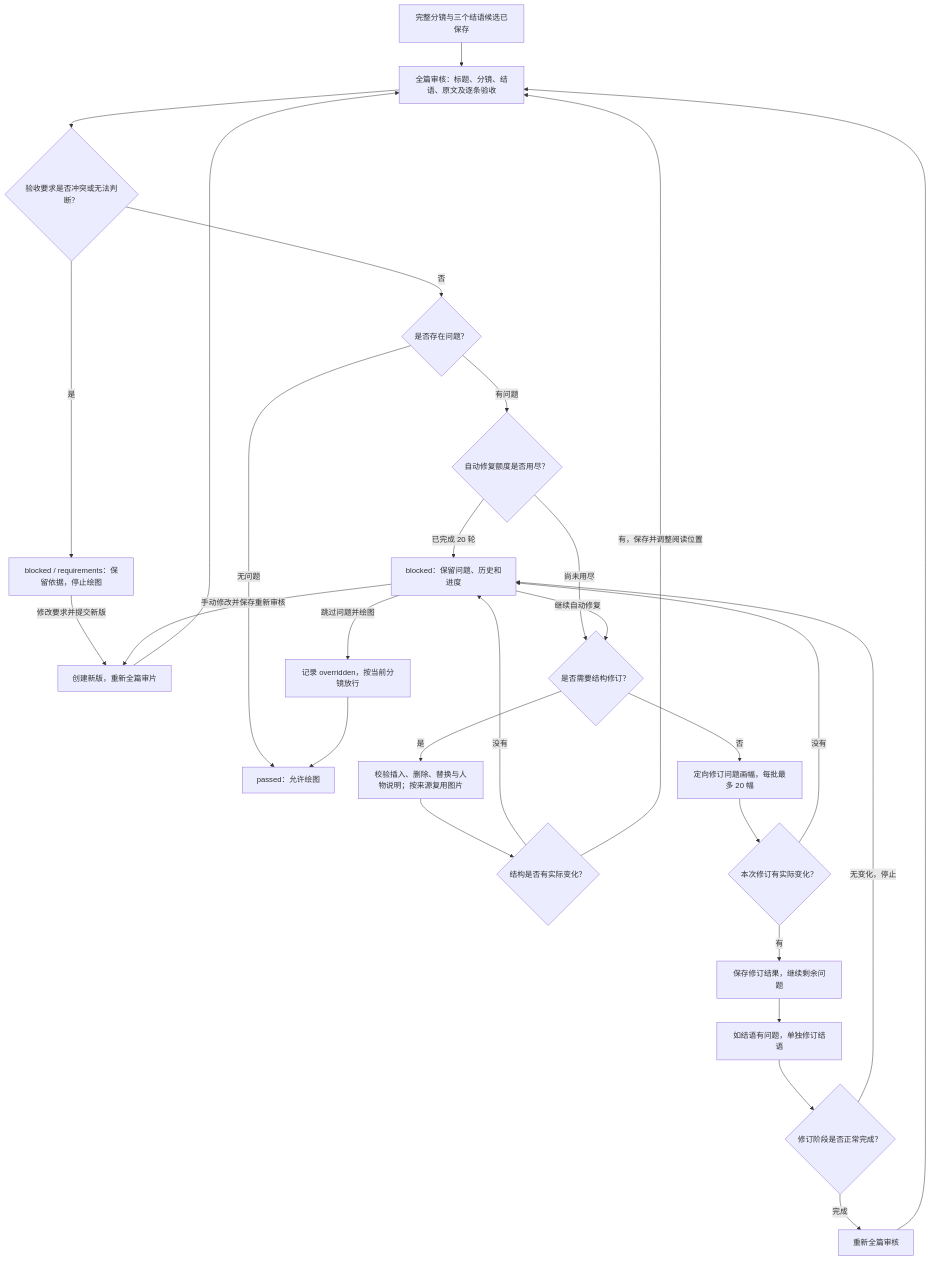
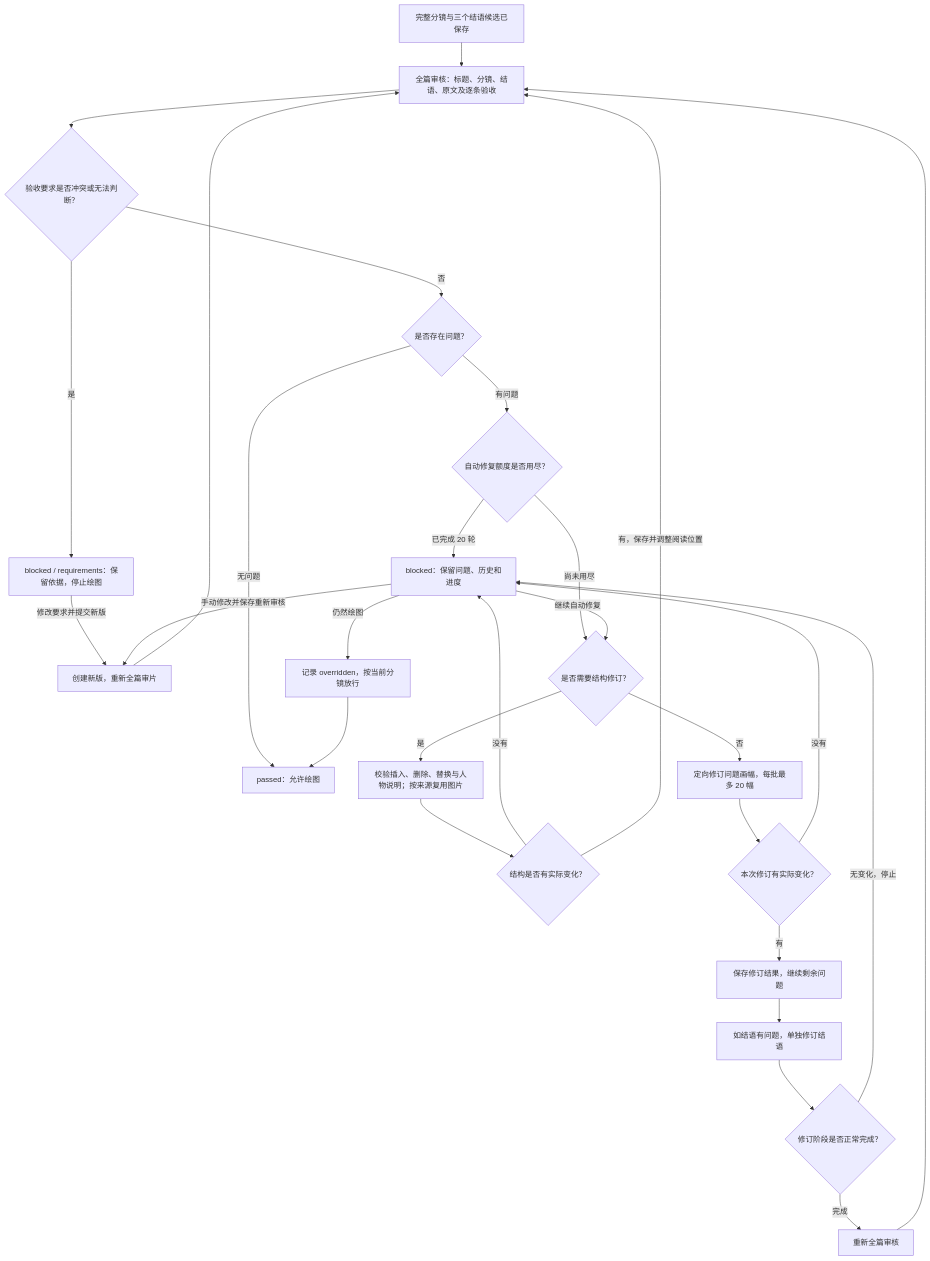
Before and after one commit to yysun/shiqu: the second of 5 diagrams in .docs/story-creation-editing-queue.md, drawn with Mermaid. The commit also changed 25 other files, not shown here.

````diff
--- a/.docs/story-creation-editing-queue.md
+++ b/.docs/story-creation-editing-queue.md
@@ -78,30 +78,30 @@
 ```mermaid
 flowchart TD
     A["完整分镜与三个结语候选已保存"] --> B["全篇审核：标题、分镜、结语、原文及逐条验收"]
     B --> V{"验收要求是否冲突或无法判断？"}
     V -->|"是"| W["blocked / requirements：保留依据，停止绘图"]
     W -->|"修改要求并提交新版"| M["创建新版，重新全篇审片"]
     V -->|"否"| C{"是否存在问题？"}
     C -->|"无问题"| D["passed：允许绘图"]
     C -->|"有问题"| E{"自动修复额度是否用尽？"}
     E -->|"已完成 20 轮"| F["blocked：保留问题、历史和进度"]
     E -->|"尚未用尽"| R{"是否需要结构修订？"}
     R -->|"是"| S["校验插入、删除、替换与人物说明；按来源复用图片"]
     S --> T{"结构是否有实际变化？"}
     T -->|"没有"| F
     T -->|"有，保存并调整阅读位置"| B
     R -->|"否"| G["定向修订问题画幅，每批最多 20 幅"]
     G --> H{"本次修订有实际变化？"}
     H -->|"没有"| F
     H -->|"有"| I["保存修订结果，继续剩余问题"]
     I --> J["如结语有问题，单独修订结语"]
     J --> K{"修订阶段是否正常完成？"}
     K -->|"无变化，停止"| F
     K -->|"完成"| L["重新全篇审核"]
     L --> B
     F -->|"继续自动修复"| R
     F -->|"手动修改并保存重新审核"| M
     M --> B
-    F -->|"跳过问题并绘图"| N["记录 overridden，按当前分镜放行"]
+    F -->|"仍然绘图"| N["记录 overridden，按当前分镜放行"]
     N --> D
 ```
````
